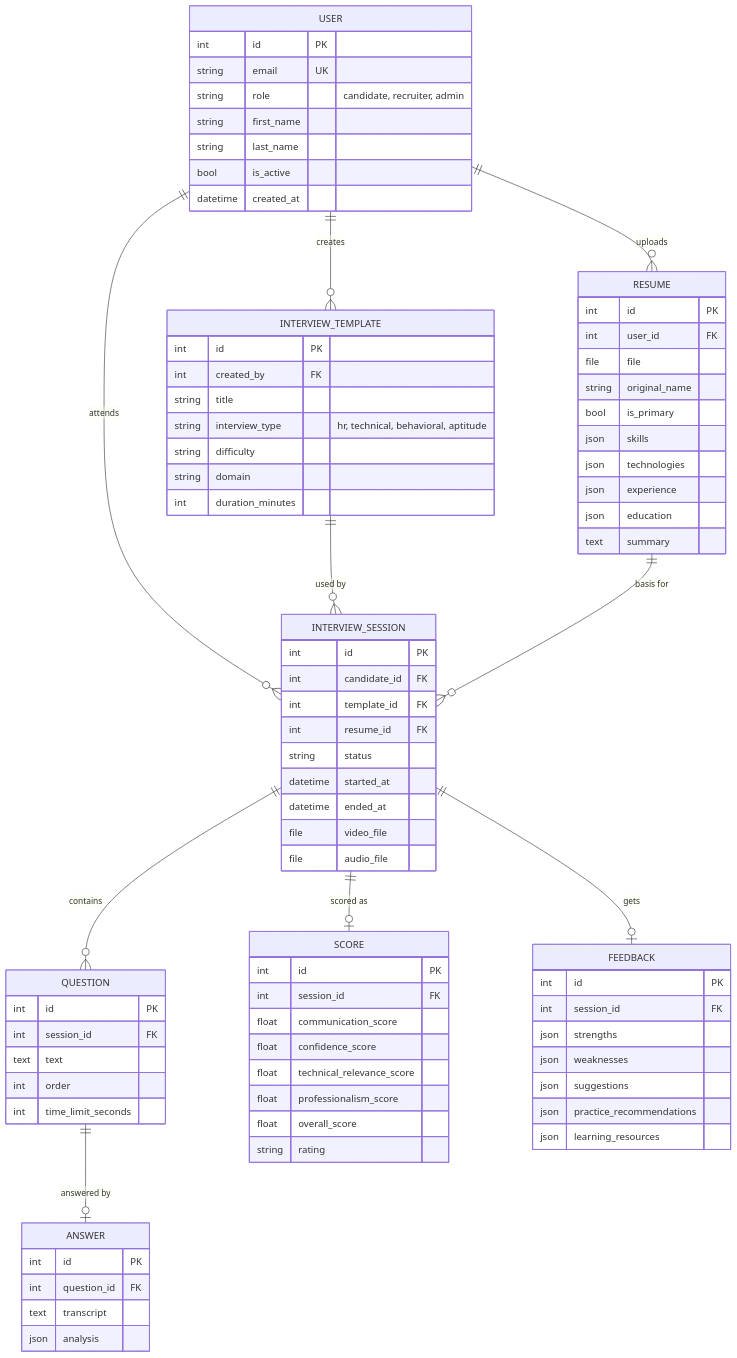
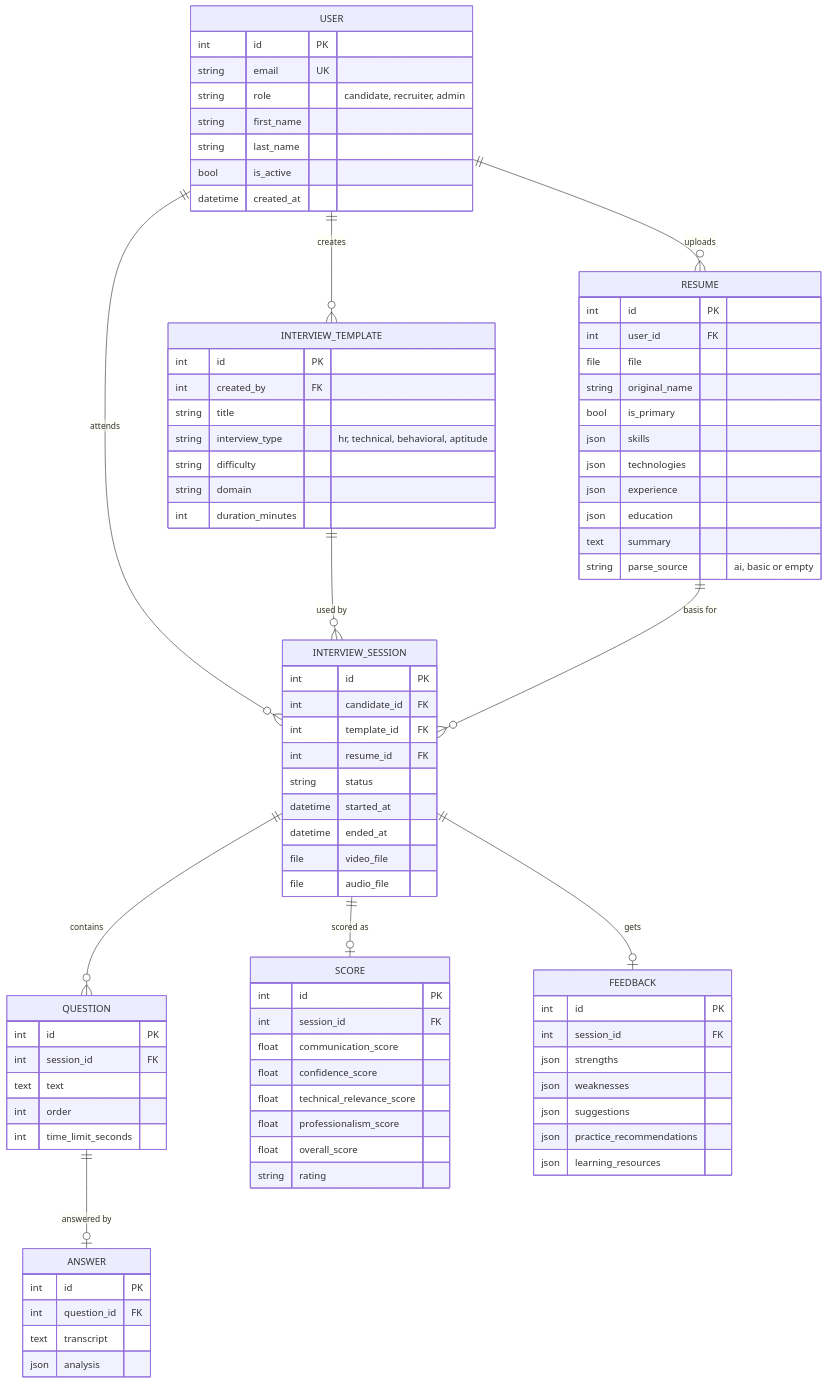
Before and after one commit to springboardmentor873-a11y/AI-Driven-Interview-Intelligence-Platform-for-Communication-and-Candidate-Skill-Evaluation: the diagram in docs/database-schema.md, drawn with Mermaid. The commit also changed 10 other files, not shown here.

```diff
--- a/docs/database-schema.md
+++ b/docs/database-schema.md
@@ -34,6 +34,7 @@
         json experience
         json education
         text summary
+        string parse_source "ai, basic or empty"
     }
     INTERVIEW_TEMPLATE {
         int id PK
```
